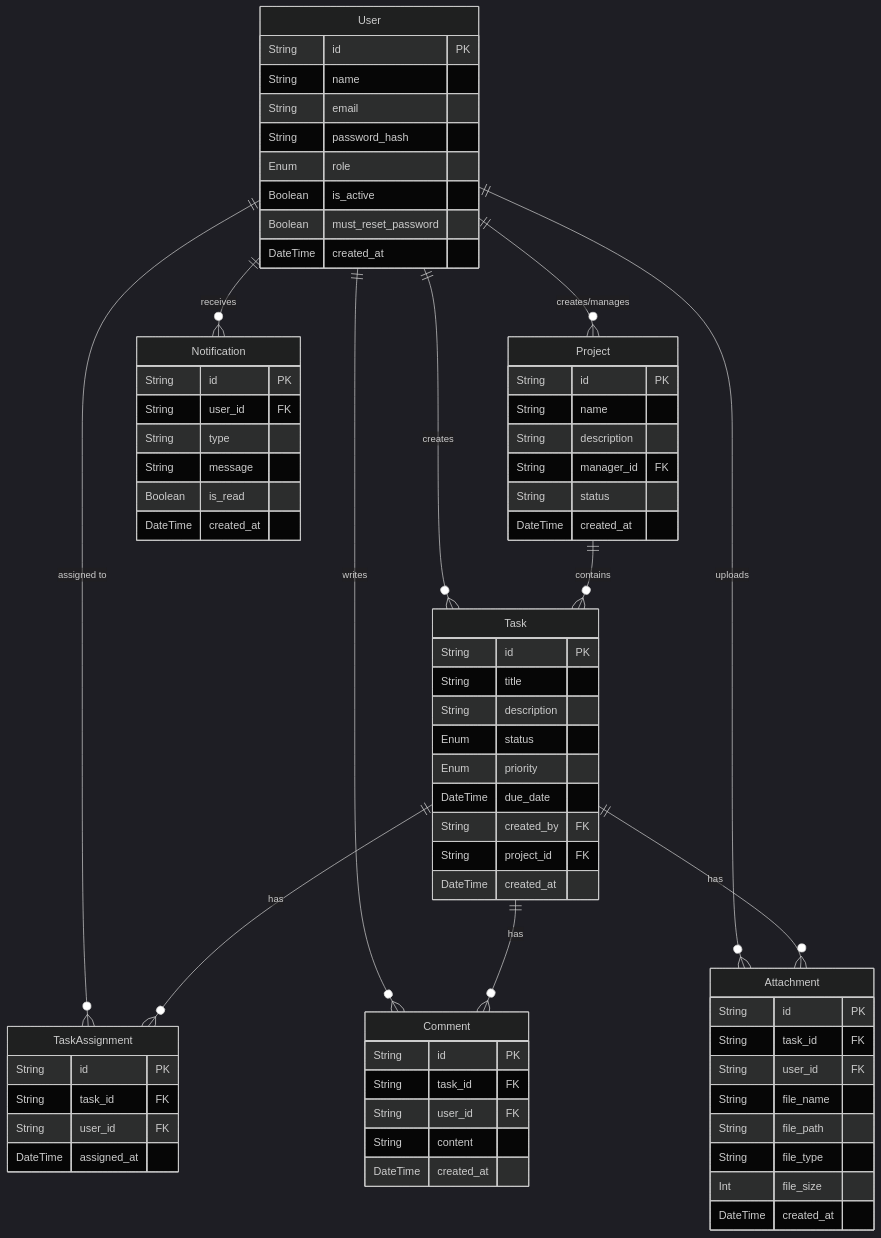
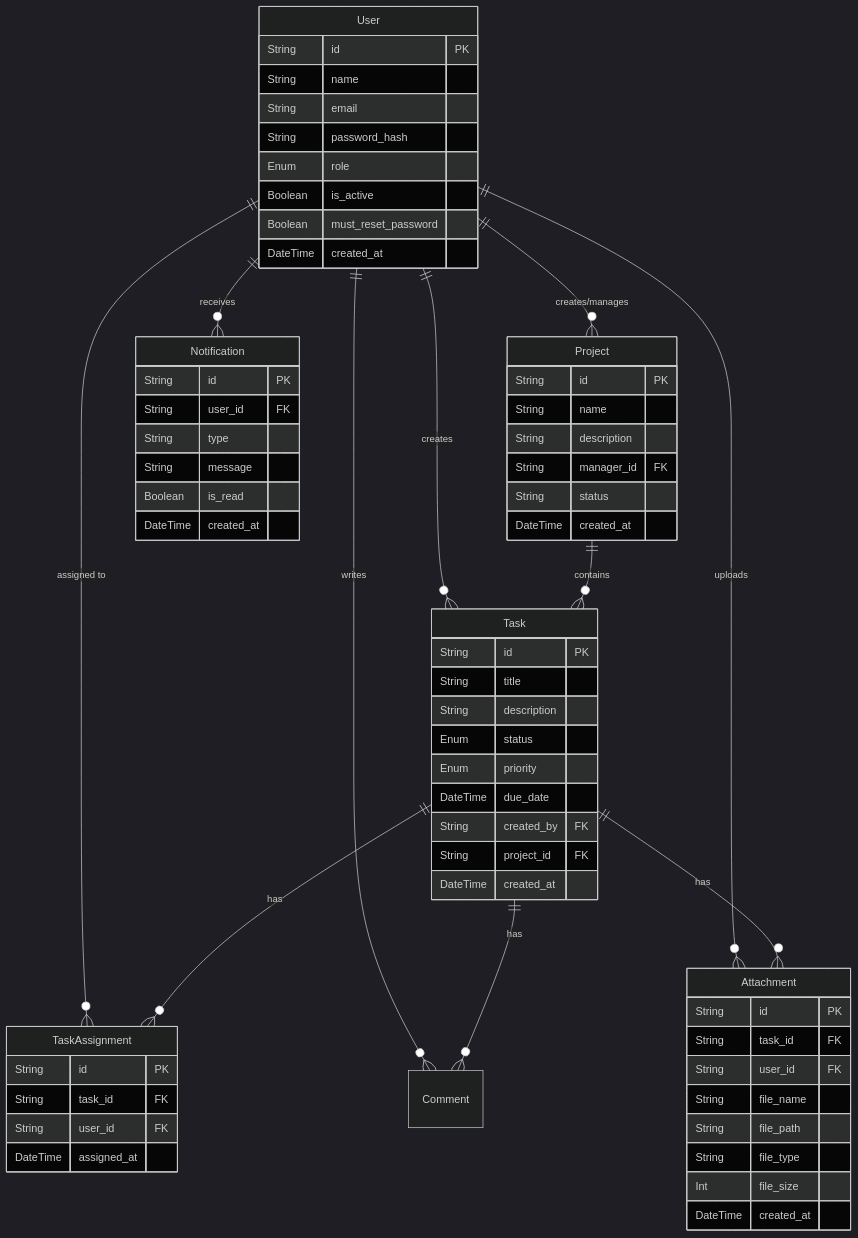
One commit to salomsanjeriel/Task-Management-System-New changed the second of 3 diagrams in SYSTEM_DOCUMENTATION.md. Above: the diagram before and after it, drawn with Mermaid (dark theme).

Commit message:
docs: remove Comment entity and associated API documentation from system schema

````diff
--- a/SYSTEM_DOCUMENTATION.md
+++ b/SYSTEM_DOCUMENTATION.md
@@ -78,82 +78,75 @@
 ```mermaid
 erDiagram
     User ||--o{ Project : "creates/manages"
     User ||--o{ Task : "creates"
     User ||--o{ TaskAssignment : "assigned to"
     User ||--o{ Comment : "writes"
     User ||--o{ Attachment : "uploads"
     User ||--o{ Notification : "receives"
     
     Project ||--o{ Task : "contains"
     
     Task ||--o{ TaskAssignment : "has"
     Task ||--o{ Comment : "has"
     Task ||--o{ Attachment : "has"
 
     User {
         String id PK
         String name
         String email
         String password_hash
         Enum role
         Boolean is_active
         Boolean must_reset_password
         DateTime created_at
     }
 
     Project {
         String id PK
         String name
         String description
         String manager_id FK
         String status
         DateTime created_at
     }
 
     Task {
         String id PK
         String title
         String description
         Enum status
         Enum priority
         DateTime due_date
         String created_by FK
         String project_id FK
         DateTime created_at
     }
 
     TaskAssignment {
         String id PK
         String task_id FK
         String user_id FK
         DateTime assigned_at
     }
 
-    Comment {
-        String id PK
-        String task_id FK
-        String user_id FK
-        String content
-        DateTime created_at
-    }
-
+   
     Notification {
         String id PK
         String user_id FK
         String type
         String message
         Boolean is_read
         DateTime created_at
     }
 
     Attachment {
         String id PK
         String task_id FK
         String user_id FK
         String file_name
         String file_path
         String file_type
         Int file_size
         DateTime created_at
     }
 ```
````
